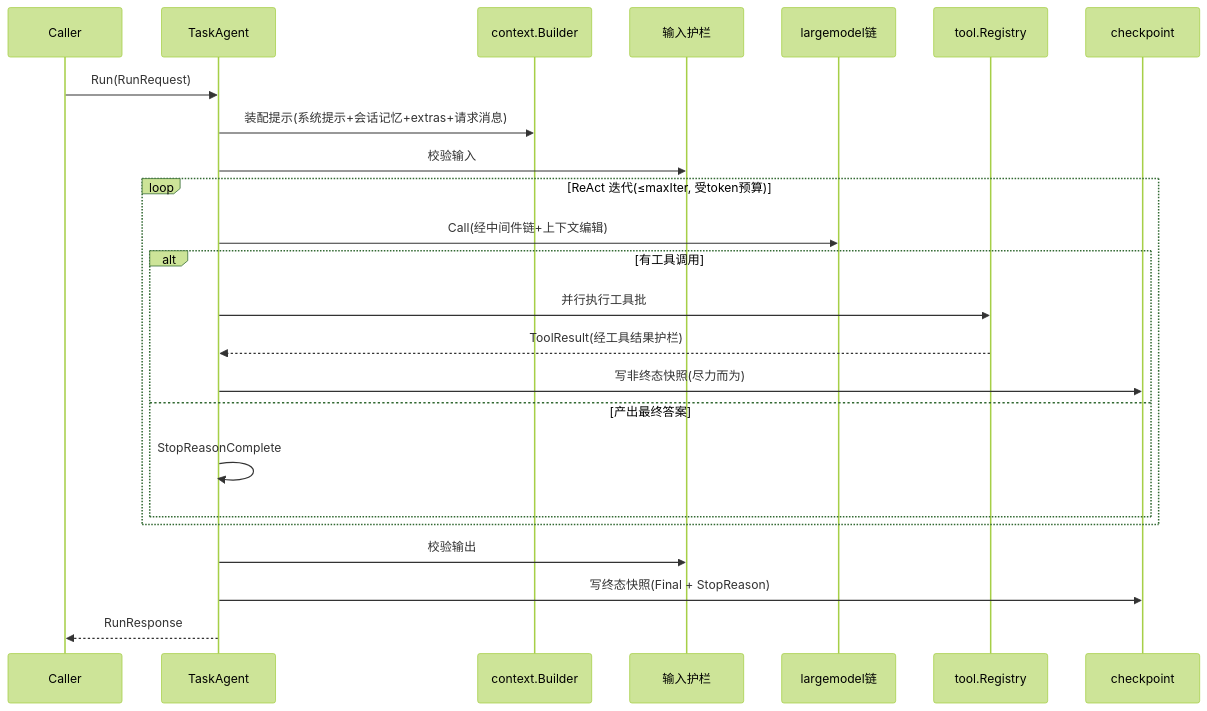
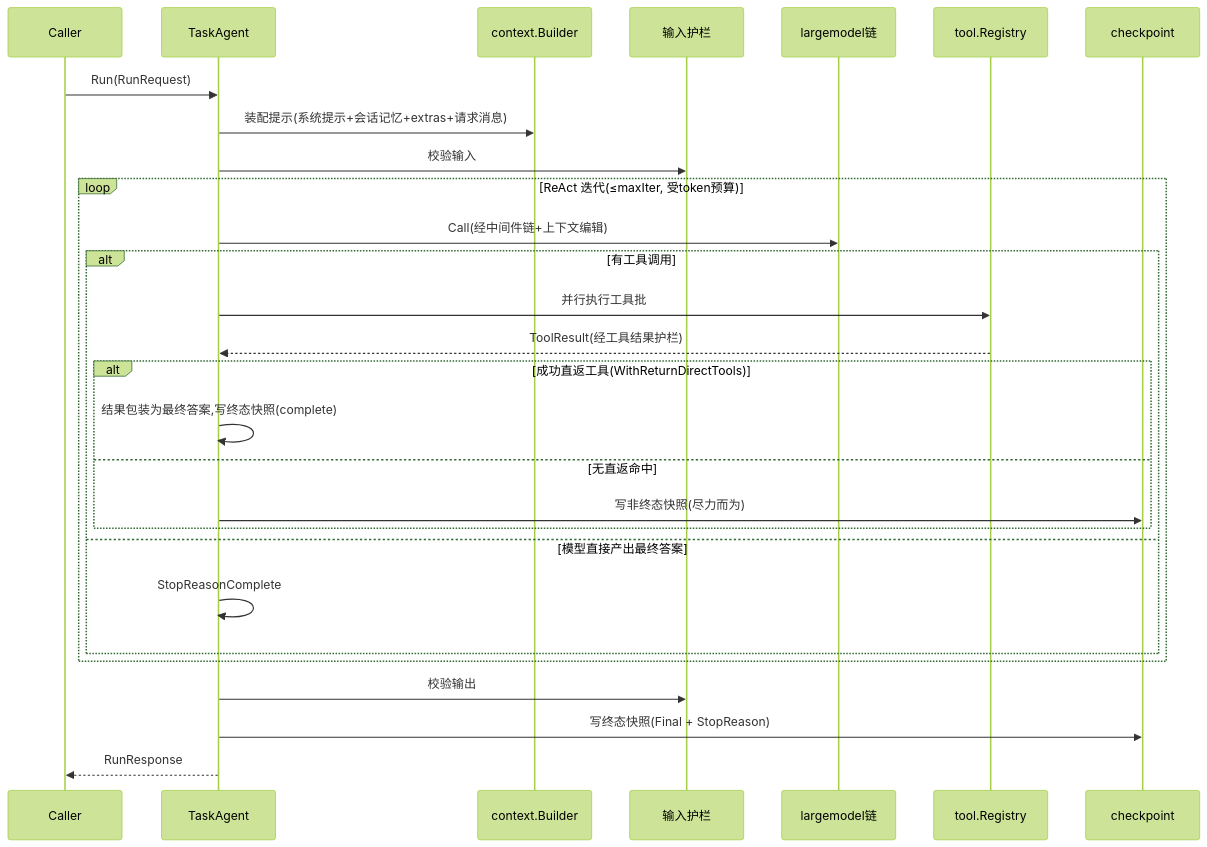
Before and after one commit to vogo/vage: the second of 2 diagrams in doc/architecture/architecture.md, drawn with Mermaid (forest theme). The commit also changed 7 other files, not shown here.

Commit message:
feat: ReturnDirect 工具成功后短路最终答案

````diff
--- a/doc/architecture/architecture.md
+++ b/doc/architecture/architecture.md
@@ -60,27 +60,31 @@
 ```mermaid
 sequenceDiagram
     participant Caller
     participant Task as TaskAgent
     participant Ctx as context.Builder
     participant Guard as 输入护栏
     participant LLM as largemodel链
     participant Tool as tool.Registry
     participant CP as checkpoint
 
     Caller->>Task: Run(RunRequest)
     Task->>Ctx: 装配提示(系统提示+会话记忆+extras+请求消息)
     Task->>Guard: 校验输入
     loop ReAct 迭代(≤maxIter, 受token预算)
         Task->>LLM: Call(经中间件链+上下文编辑)
         alt 有工具调用
             Task->>Tool: 并行执行工具批
             Tool-->>Task: ToolResult(经工具结果护栏)
-            Task->>CP: 写非终态快照(尽力而为)
-        else 产出最终答案
+            alt 成功直返工具(WithReturnDirectTools)
+                Task->>Task: 结果包装为最终答案,写终态快照(complete)
+            else 无直返命中
+                Task->>CP: 写非终态快照(尽力而为)
+            end
+        else 模型直接产出最终答案
             Task->>Task: StopReasonComplete
         end
     end
     Task->>Guard: 校验输出
     Task->>CP: 写终态快照(Final + StopReason)
     Task-->>Caller: RunResponse
 ```
````
